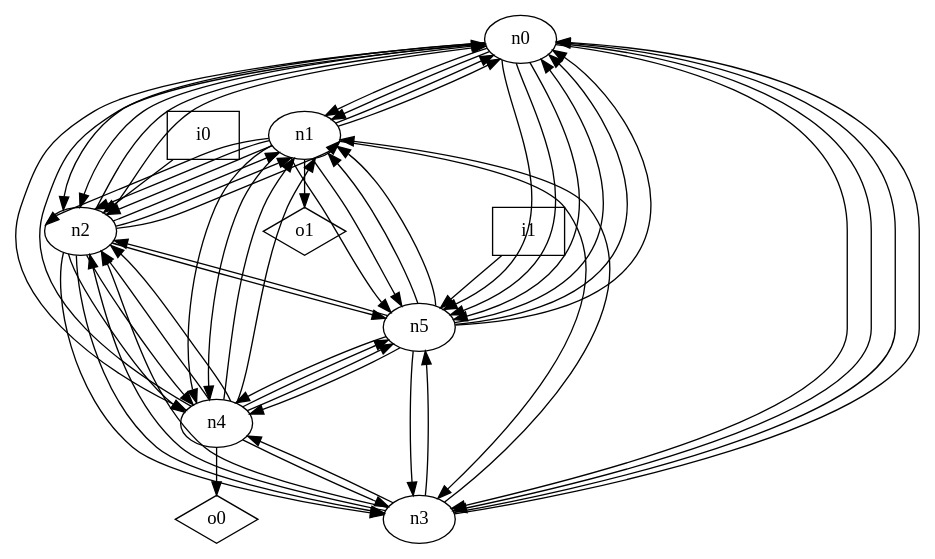
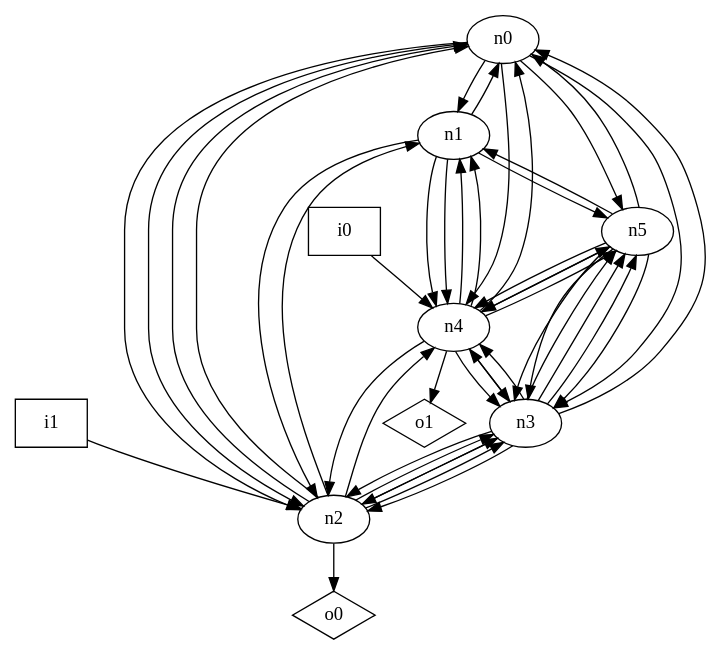
One commit to p9romain/bool-circuits changed the diagram in dot_files/random/random_undirected_loop_free_graph.dot. Above: the diagram before and after it, drawn with Graphviz. The commit also changed 29 other files, not shown here.

```diff
--- a/dot_files/random/random_undirected_loop_free_graph.dot
+++ b/dot_files/random/random_undirected_loop_free_graph.dot
@@ -1,70 +1,58 @@
 digraph G {
 n0 [label="n0"];
 n1 [label="n1"];
 n2 [label="n2"];
 n3 [label="n3"];
 n4 [label="n4"];
 n5 [label="n5"];
 n6 [label="i0",shape="box"];
 n7 [label="i1",shape="box"];
 n8 [label="o0",shape="diamond"];
 n9 [label="o1",shape="diamond"];
 n0 -> n1
-n0 -> n1
 n0 -> n2
 n0 -> n2
 n0 -> n3
-n0 -> n3
 n0 -> n4
 n0 -> n5
-n0 -> n5
-n0 -> n5
-n1 -> n0
 n1 -> n0
 n1 -> n2
-n1 -> n2
-n1 -> n2
-n1 -> n3
 n1 -> n4
 n1 -> n4
 n1 -> n5
-n1 -> n5
-n1 -> n9
 n2 -> n0
 n2 -> n0
 n2 -> n1
-n2 -> n1
-n2 -> n1
+n2 -> n3
 n2 -> n3
 n2 -> n3
 n2 -> n4
-n2 -> n4
-n2 -> n5
+n2 -> n8
 n3 -> n0
-n3 -> n0
-n3 -> n1
+n3 -> n2
 n3 -> n2
 n3 -> n2
 n3 -> n4
+n3 -> n4
+n3 -> n5
+n3 -> n5
 n3 -> n5
 n4 -> n0
 n4 -> n1
 n4 -> n1
 n4 -> n2
-n4 -> n2
+n4 -> n3
 n4 -> n3
 n4 -> n5
 n4 -> n5
-n4 -> n8
-n5 -> n0
-n5 -> n0
+n4 -> n9
 n5 -> n0
 n5 -> n1
-n5 -> n1
-n5 -> n2
+n5 -> n3
+n5 -> n3
 n5 -> n3
 n5 -> n4
 n5 -> n4
-n6 -> n2
-n7 -> n5
+n6 -> n4
+n7 -> n2
 }
```
